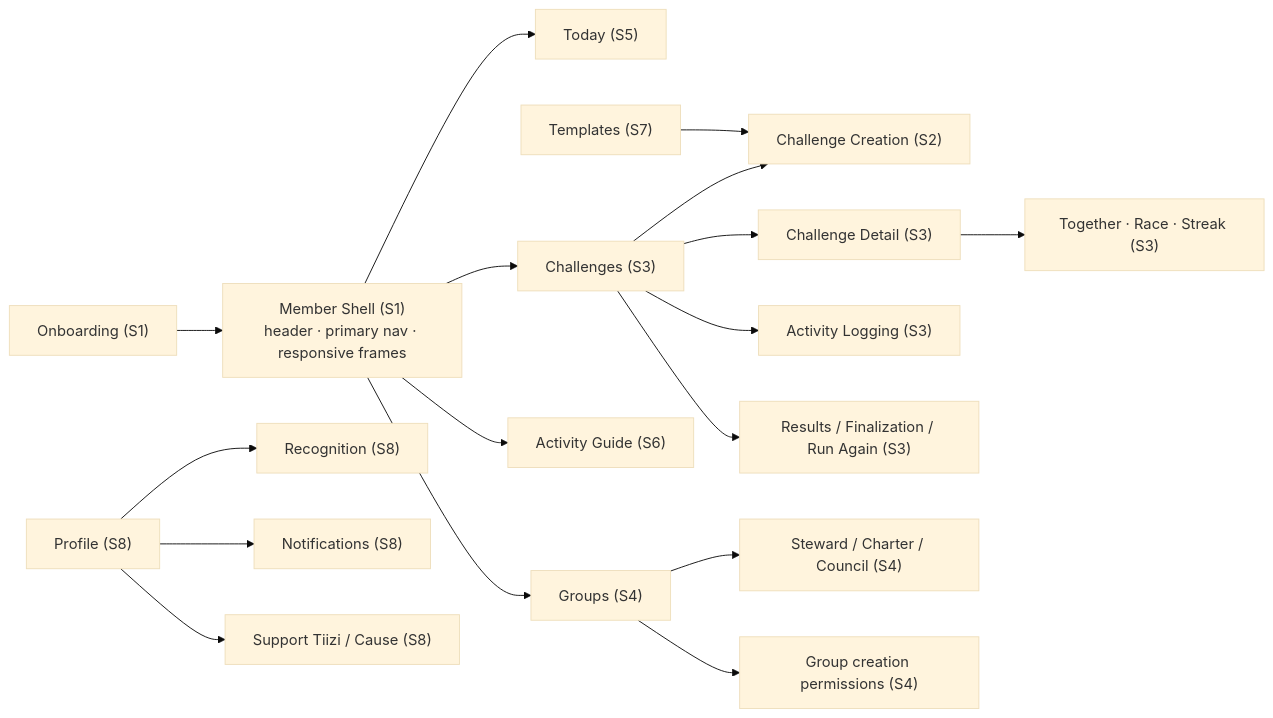
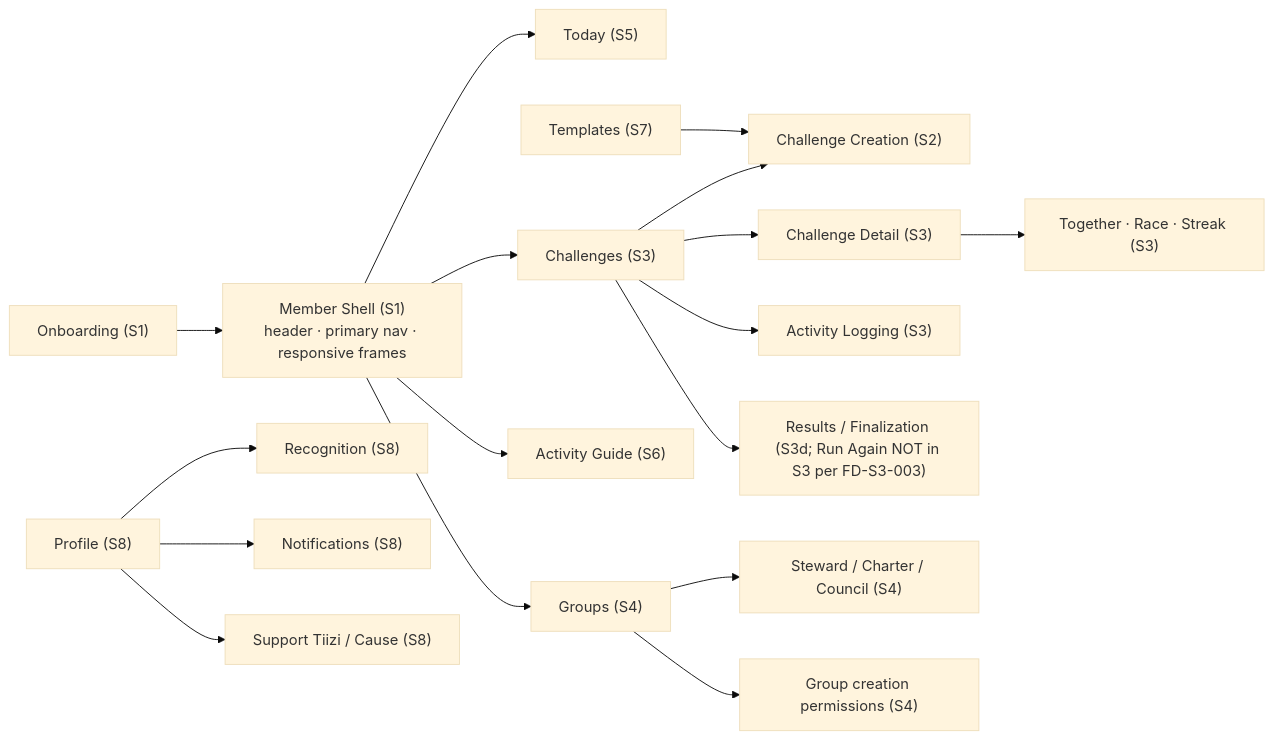
The second of 4 diagrams in docs/experience/TIIZI-EXPERIENCE-INTEGRATION-MAP.md (Fkenogo/tiizi_challenges), drawn with Mermaid (base theme) before and after one commit. The commit also changed other lines of this file and 16 other files, not shown here.

````diff
--- a/docs/experience/TIIZI-EXPERIENCE-INTEGRATION-MAP.md
+++ b/docs/experience/TIIZI-EXPERIENCE-INTEGRATION-MAP.md
@@ -85,20 +85,20 @@
 ```mermaid
 flowchart LR
   SHELL["Member Shell (S1)<br/>header · primary nav · responsive frames"]
   SHELL --> TODAY["Today (S5)"]
   SHELL --> CH["Challenges (S3)"]
   SHELL --> GRP["Groups (S4)"]
   SHELL --> GUIDE["Activity Guide (S6)"]
   ONB["Onboarding (S1)"] --> SHELL
   CH --> CREATE["Challenge Creation (S2)"]
   CH --> DETAIL["Challenge Detail (S3)"]
   CH --> LOG["Activity Logging (S3)"]
-  CH --> RESULTS["Results / Finalization / Run Again (S3)"]
+  CH --> RESULTS["Results / Finalization (S3d; Run Again NOT in S3 per FD-S3-003)"]
   GRP --> STEWARD["Steward / Charter / Council (S4)"]
   GRP --> GPERM["Group creation permissions (S4)"]
   DETAIL --> TYPES["Together · Race · Streak (S3)"]
   TEMPLATES["Templates (S7)"] --> CREATE
   PROFILE["Profile (S8)"] --> RECOG["Recognition (S8)"]
   PROFILE --> NOTIF["Notifications (S8)"]
   PROFILE --> SUPPORT["Support Tiizi / Cause (S8)"]
 ```
````
